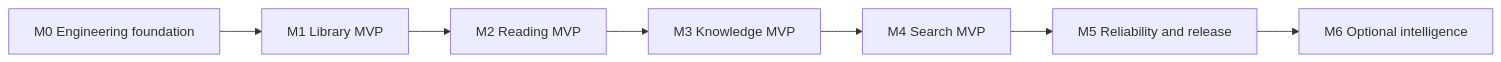
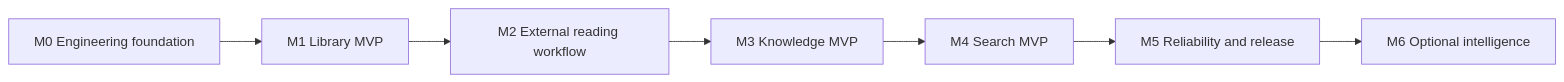
One commit to vuthanhdat/book-library changed the diagram in planning/implementation-plan.md. Above: the diagram before and after it, drawn with Mermaid. The commit also changed other lines of this file and 39 other files, not shown here.

````diff
--- a/planning/implementation-plan.md
+++ b/planning/implementation-plan.md
@@ -33,9 +39,9 @@
 ```mermaid
 flowchart LR
     M0["M0 Engineering foundation"] --> M1["M1 Library MVP"]
-    M1 --> M2["M2 Reading MVP"]
+    M1 --> M2["M2 External reading workflow"]
     M2 --> M3["M3 Knowledge MVP"]
     M3 --> M4["M4 Search MVP"]
     M4 --> M5["M5 Reliability and release"]
     M5 --> M6["M6 Optional intelligence"]
 ```
````
